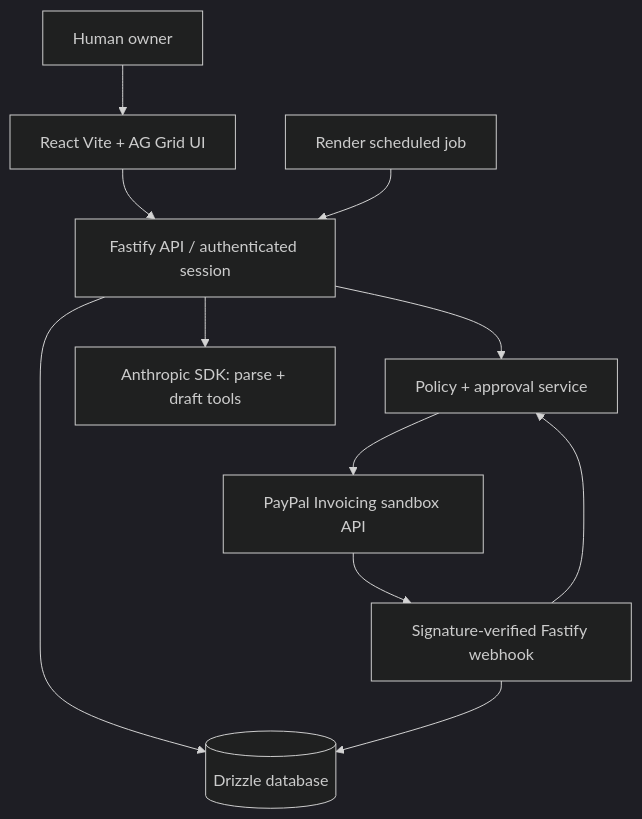
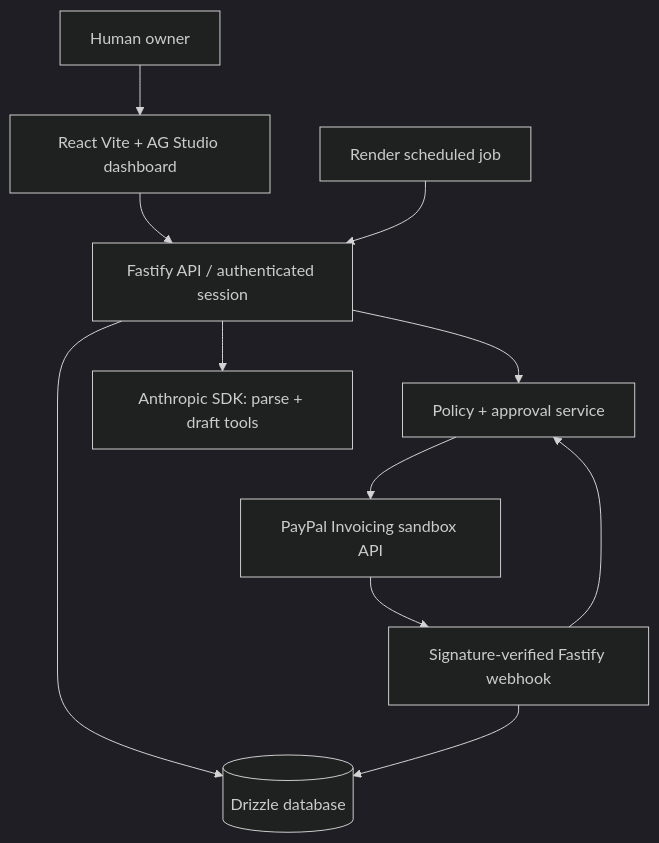
One commit to mrdzyn/nudgemyinvoice changed the diagram in docs/ARCHITECTURE.md. Above: the diagram before and after it, drawn with Mermaid (dark theme). The commit also changed other lines of this file and 5 other files, not shown here.

````diff
--- a/docs/ARCHITECTURE.md
+++ b/docs/ARCHITECTURE.md
@@ -6,13 +6,13 @@
 ```mermaid
 flowchart TD
-  U[Human owner] --> W[React Vite + AG Grid UI]
+  U[Human owner] --> W[React Vite + AG Studio dashboard]
   W --> A[Fastify API / authenticated session]
   A --> P[Policy + approval service]
   A --> D[(Drizzle database)]
   A --> AI[Anthropic SDK: parse + draft tools]
   P --> PP[PayPal Invoicing sandbox API]
   PP --> H[Signature-verified Fastify webhook]
   H --> D
   H --> P
   C[Render scheduled job] --> A
 ```
````
